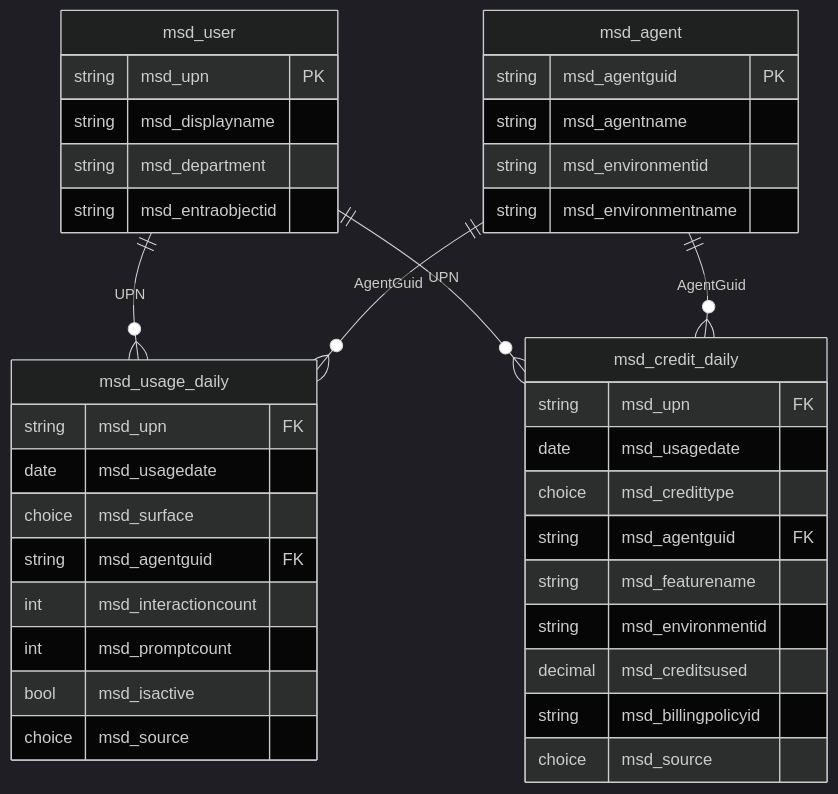
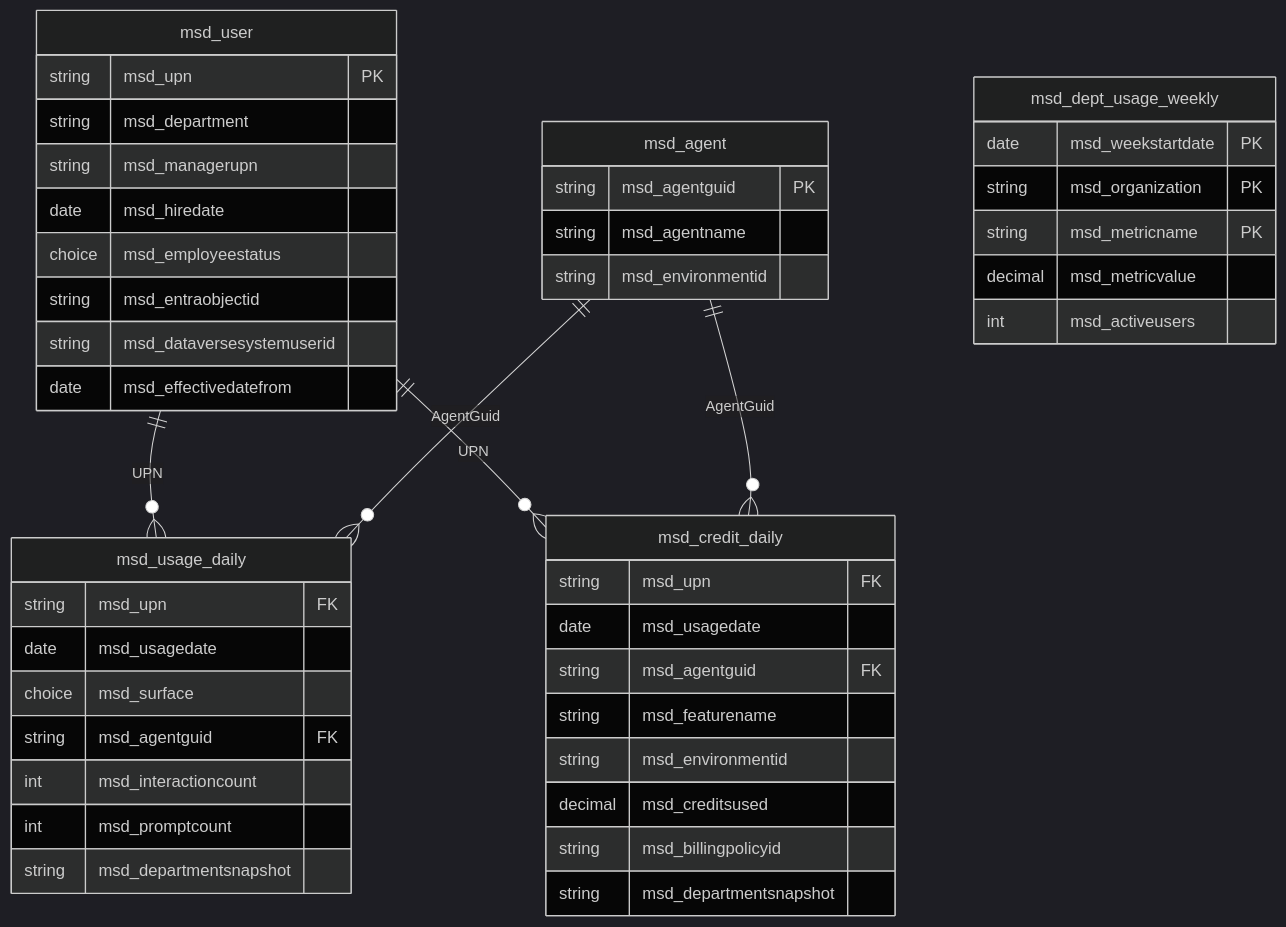
One commit to tlsqhdrbek-debug/ms-design-agents changed the first of 2 diagrams in docs/designs/20260625_M365_Copilot_사용자별_사용량_대시보드.md. Above: the diagram before and after it, drawn with Mermaid (dark theme). The commit also changed other lines of this file, not shown here.

````diff
--- a/docs/designs/20260625_M365_Copilot_사용자별_사용량_대시보드.md
+++ b/docs/designs/20260625_M365_Copilot_사용자별_사용량_대시보드.md
@@ -123,41 +148,49 @@
 ```mermaid
 erDiagram
-    msd_user ||--o{ msd_usage_daily : "UPN"
-    msd_user ||--o{ msd_credit_daily : "UPN"
-    msd_agent ||--o{ msd_usage_daily : "AgentGuid"
+    msd_user ||--o{ msd_usage_daily   : "UPN"
+    msd_user ||--o{ msd_credit_daily  : "UPN"
+    msd_agent ||--o{ msd_usage_daily  : "AgentGuid"
     msd_agent ||--o{ msd_credit_daily : "AgentGuid"
 
     msd_user {
         string msd_upn PK
-        string msd_displayname
         string msd_department
+        string msd_managerupn
+        date   msd_hiredate
+        choice msd_employeestatus
         string msd_entraobjectid
+        string msd_dataversesystemuserid
+        date   msd_effectivedatefrom
     }
     msd_agent {
         string msd_agentguid PK
         string msd_agentname
         string msd_environmentid
-        string msd_environmentname
     }
     msd_usage_daily {
         string msd_upn FK
         date   msd_usagedate
         choice msd_surface
         string msd_agentguid FK
         int    msd_interactioncount
         int    msd_promptcount
-        bool   msd_isactive
-        choice msd_source
+        string msd_departmentsnapshot
     }
     msd_credit_daily {
         string msd_upn FK
         date   msd_usagedate
-        choice msd_credittype
         string msd_agentguid FK
         string msd_featurename
         string msd_environmentid
         decimal msd_creditsused
         string msd_billingpolicyid
-        choice msd_source
+        string msd_departmentsnapshot
+    }
+    msd_dept_usage_weekly {
+        date   msd_weekstartdate PK
+        string msd_organization PK
+        string msd_metricname PK
+        decimal msd_metricvalue
+        int    msd_activeusers
     }
 ```
````
